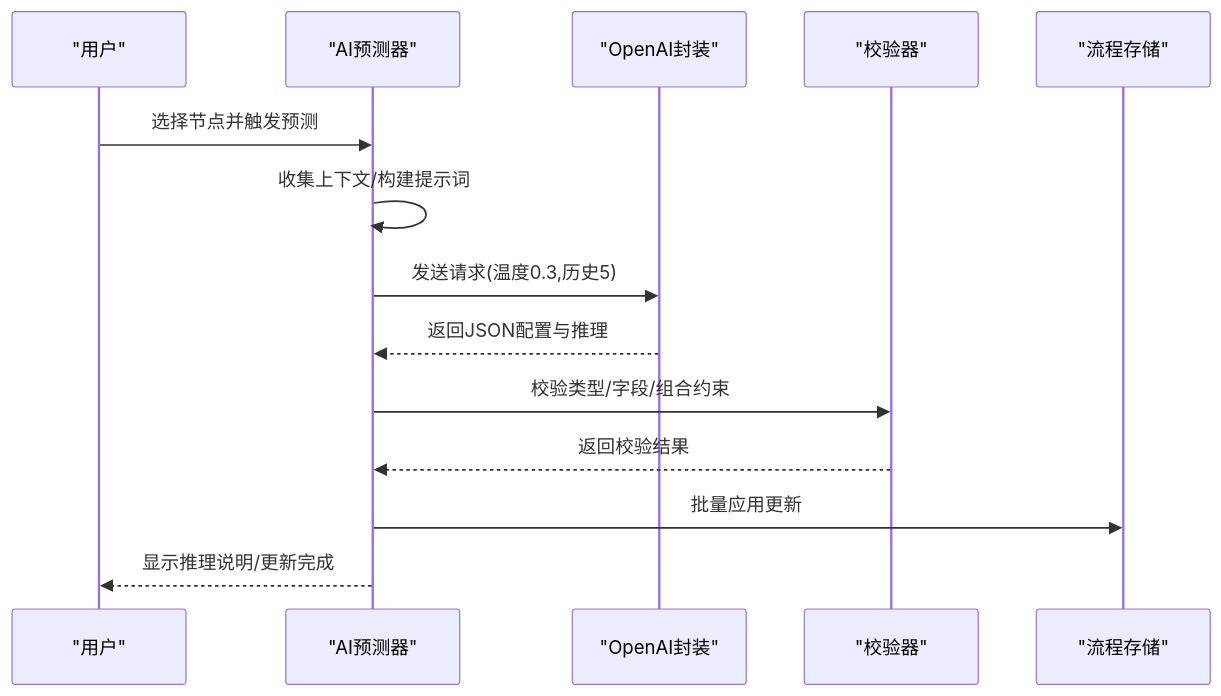
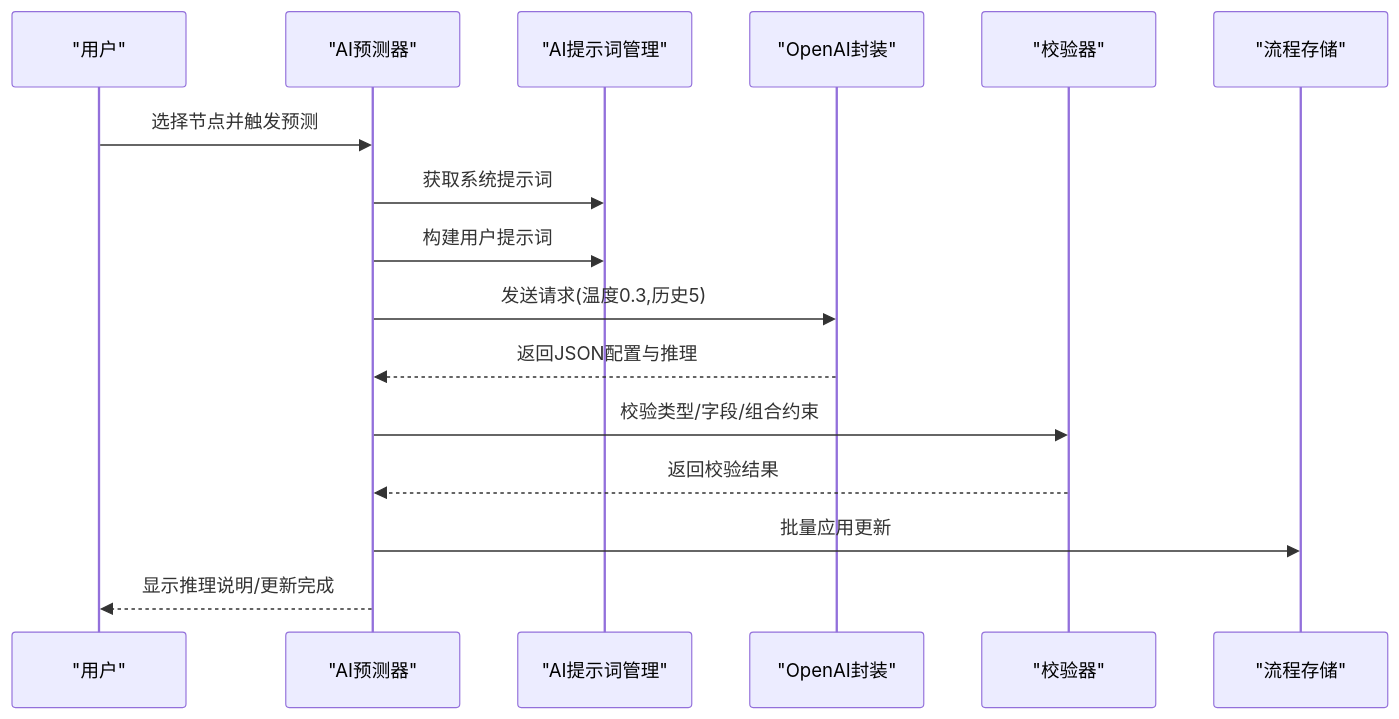
The fourth of 9 diagrams in .qoder/repowiki/zh/content/AI辅助功能/AI辅助功能.md (kqcoxn/MaaPipelineEditor), drawn with Mermaid before and after one commit. The commit also changed other lines of this file and 50 other files, not shown here.

````diff
--- a/.qoder/repowiki/zh/content/AI辅助功能/AI辅助功能.md
+++ b/.qoder/repowiki/zh/content/AI辅助功能/AI辅助功能.md
@@ -164,16 +182,18 @@
 ```mermaid
 sequenceDiagram
 participant U as "用户"
 participant AIP as "AI预测器"
+participant AIPROMPT as "AI提示词管理"
 participant OA as "OpenAI封装"
 participant VAL as "校验器"
 participant FS as "流程存储"
 U->>AIP : 选择节点并触发预测
-AIP->>AIP : 收集上下文/构建提示词
+AIP->>AIPROMPT : 获取系统提示词
+AIP->>AIPROMPT : 构建用户提示词
 AIP->>OA : 发送请求(温度0.3,历史5)
 OA-->>AIP : 返回JSON配置与推理
 AIP->>VAL : 校验类型/字段/组合约束
 VAL-->>AIP : 返回校验结果
 AIP->>FS : 批量应用更新
 AIP-->>U : 显示推理说明/更新完成
 ```
````
